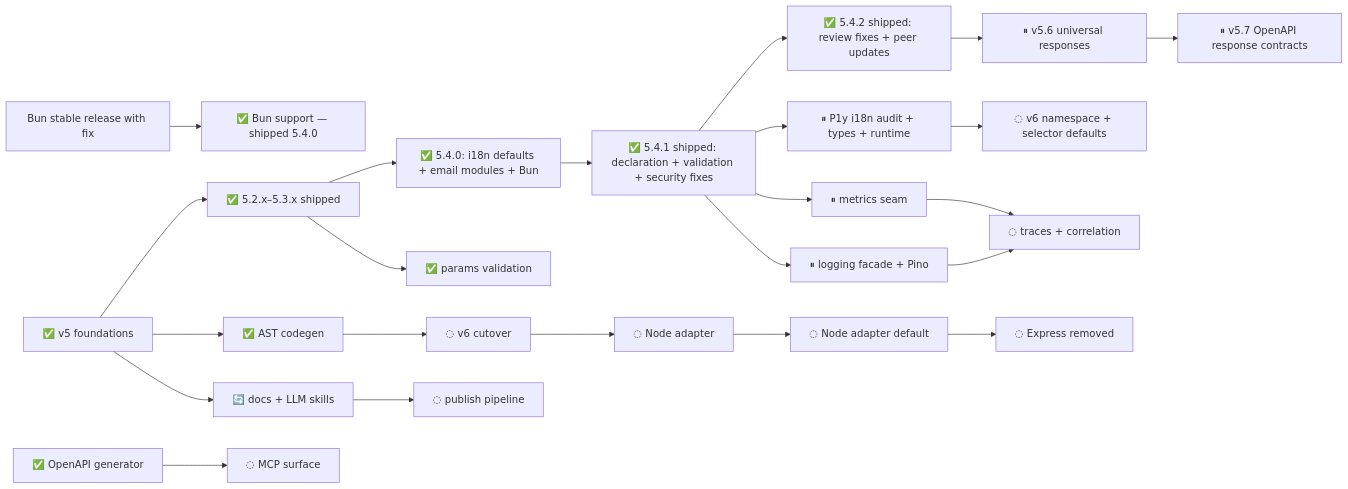
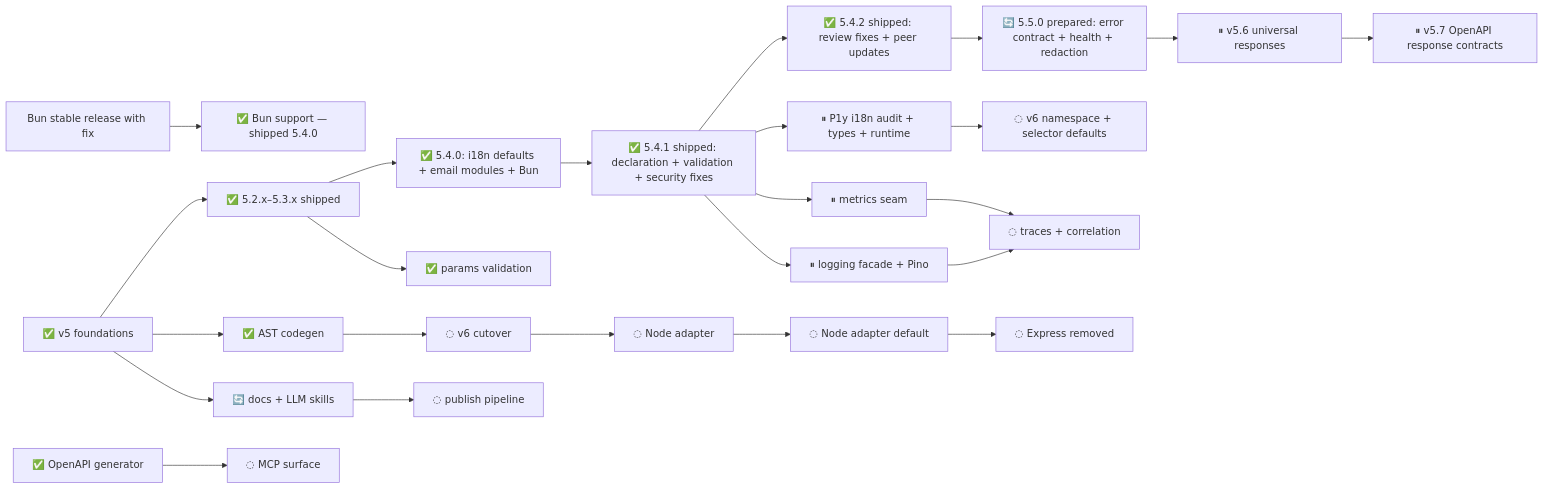
The diagram in .plans/refactor/README.md (adaptivestone/framework), drawn with Mermaid before and after one commit. The commit also changed other lines of this file and 5 other files, not shown here.

````diff
--- a/.plans/refactor/README.md
+++ b/.plans/refactor/README.md
@@ -45,32 +47,33 @@
 ```mermaid
 flowchart LR
     Foundation["✅ v5 foundations"] --> Patch["✅ 5.2.x–5.3.x shipped"]
     Patch --> Released["✅ 5.4.0: i18n defaults + email modules + Bun"]
     Released --> Unreleased["✅ 5.4.1 shipped: declaration + validation + security fixes"]
 
     Unreleased --> Patch542["✅ 5.4.2 shipped: review fixes + peer updates"]
-    Patch542 --> Responses["⏸ v5.6 universal responses"]
+    Patch542 --> Minor550["🔄 5.5.0 prepared: error contract + health + redaction"]
+    Minor550 --> Responses["⏸ v5.6 universal responses"]
     Responses --> OpenAPI["⏸ v5.7 OpenAPI response contracts"]
 
     BunRelease["Bun stable release with fix"] --> BunSupport["✅ Bun support — shipped 5.4.0"]
 
     Unreleased --> I18nV5["⏸ P1y i18n audit + types + runtime"]
     I18nV5 --> I18nV6["◌ v6 namespace + selector defaults"]
 
     Foundation --> Codegen["✅ AST codegen"]
     Codegen --> V6["◌ v6 cutover"]
     V6 --> NodeAdapter["◌ Node adapter"]
     NodeAdapter --> DefaultNode["◌ Node adapter default"]
     DefaultNode --> DropExpress["◌ Express removed"]
 
     Foundation --> Docs["🔄 docs + LLM skills"]
     Docs --> Publish["◌ publish pipeline"]
 
     Patch --> Params["✅ params validation"]
     Unreleased --> Metrics["⏸ metrics seam"]
     Unreleased --> Logging["⏸ logging facade + Pino"]
     Logging --> Observability["◌ traces + correlation"]
     Metrics --> Observability
 
     OpenAPIGen["✅ OpenAPI generator"] --> MCP["◌ MCP surface"]
 ```
````
